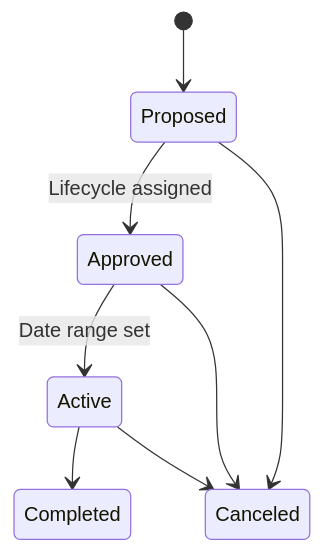
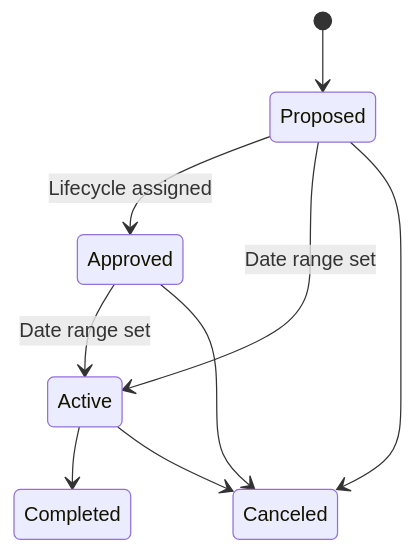
Before and after one commit to destacey/Wayd: the first of 2 diagrams in docs/user-guide/ppm/projects.mdx, drawn with Mermaid. The commit also changed other lines of this file and 78 other files, not shown here.

````diff
--- a/docs/user-guide/ppm/projects.mdx
+++ b/docs/user-guide/ppm/projects.mdx
@@ -38,10 +38,11 @@
 ```mermaid
 stateDiagram-v2
     [*] --> Proposed
     Proposed --> Approved : Lifecycle assigned
     Approved --> Active : Date range set
+    Proposed --> Active : Date range set
     Active --> Completed
     Active --> Canceled
     Proposed --> Canceled
     Approved --> Canceled
 ```
````
